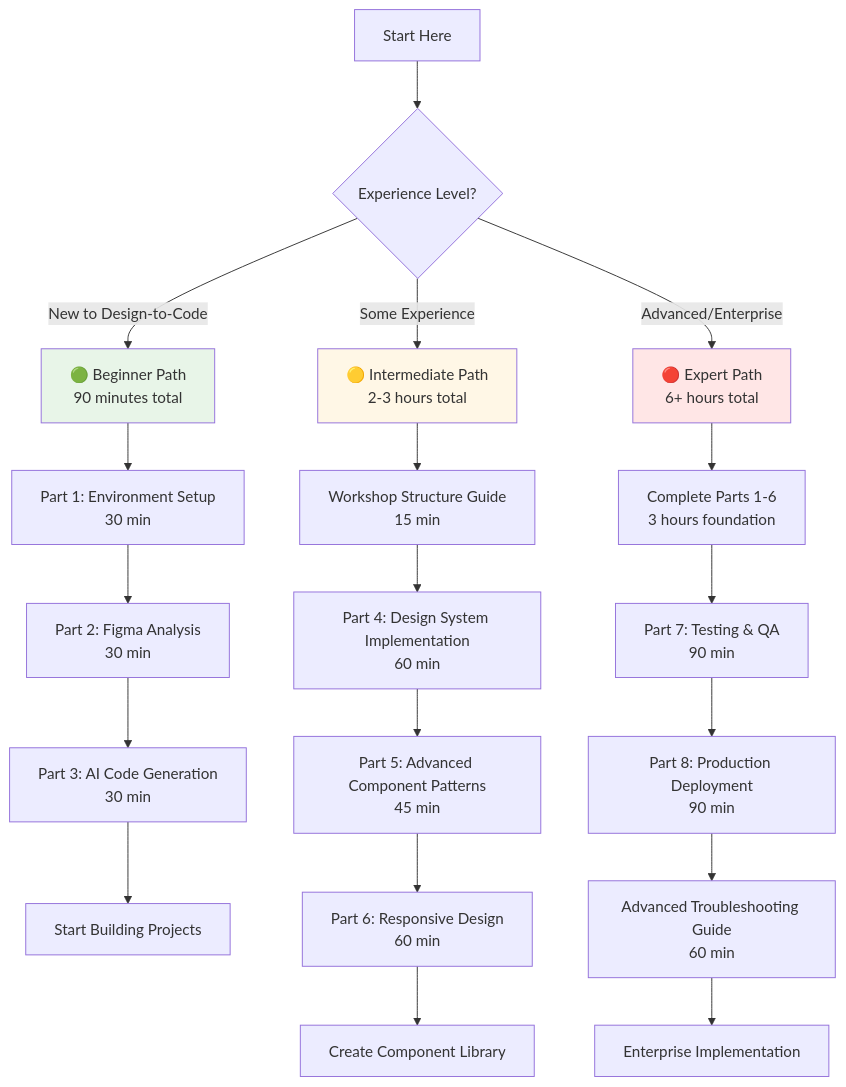
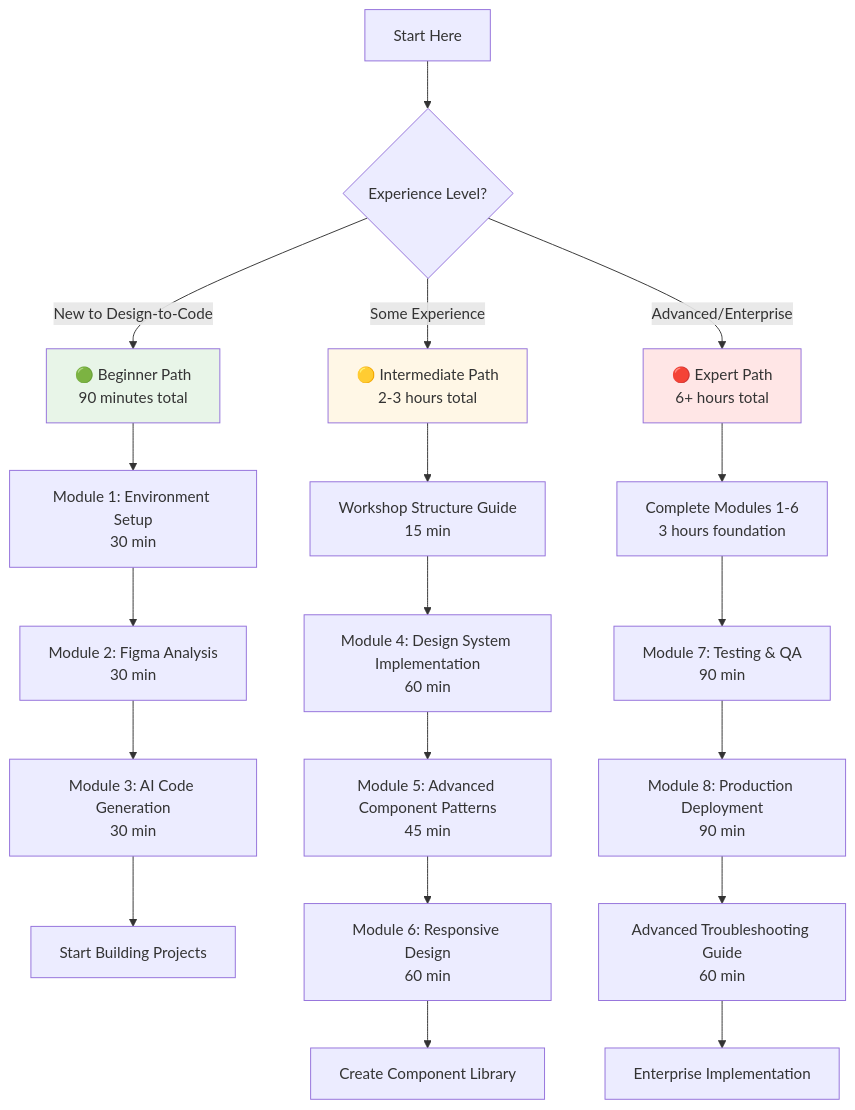
One commit to paulasilvatech/Design-to-Code-Dev changed the diagram in docs/QUICK_START.md. Above: the diagram before and after it, drawn with Mermaid. The commit also changed other lines of this file and 6 other files, not shown here.

Commit message:
Update documentation to replace "Part" with "Module" for consistency across all workshop guides

````diff
--- a/docs/QUICK_START.md
+++ b/docs/QUICK_START.md
@@ -45,29 +45,29 @@
 ```mermaid
 graph TD
     A[Start Here] --> B{Experience Level?}
     
     B -->|New to Design-to-Code| C[🟢 Beginner Path<br/>90 minutes total]
     B -->|Some Experience| D[🟡 Intermediate Path<br/>2-3 hours total]
     B -->|Advanced/Enterprise| E[🔴 Expert Path<br/>6+ hours total]
     
-    C --> C1[Part 1: Environment Setup<br/>30 min]
-    C1 --> C2[Part 2: Figma Analysis<br/>30 min]
-    C2 --> C3[Part 3: AI Code Generation<br/>30 min]
+    C --> C1[Module 1: Environment Setup<br/>30 min]
+    C1 --> C2[Module 2: Figma Analysis<br/>30 min]
+    C2 --> C3[Module 3: AI Code Generation<br/>30 min]
     C3 --> F[Start Building Projects]
     
     D --> D1[Workshop Structure Guide<br/>15 min]
-    D1 --> D2[Part 4: Design System Implementation<br/>60 min]
-    D2 --> D3[Part 5: Advanced Component Patterns<br/>45 min]
-    D3 --> D4[Part 6: Responsive Design<br/>60 min]
+    D1 --> D2[Module 4: Design System Implementation<br/>60 min]
+    D2 --> D3[Module 5: Advanced Component Patterns<br/>45 min]
+    D3 --> D4[Module 6: Responsive Design<br/>60 min]
     D4 --> G[Create Component Library]
     
-    E --> E1[Complete Parts 1-6<br/>3 hours foundation]
-    E1 --> E2[Part 7: Testing & QA<br/>90 min]
-    E2 --> E3[Part 8: Production Deployment<br/>90 min]
+    E --> E1[Complete Modules 1-6<br/>3 hours foundation]
+    E1 --> E2[Module 7: Testing & QA<br/>90 min]
+    E2 --> E3[Module 8: Production Deployment<br/>90 min]
     E3 --> E4[Advanced Troubleshooting Guide<br/>60 min]
     E4 --> H[Enterprise Implementation]
     
     style C fill:#e8f5e8
     style D fill:#fff7e6
     style E fill:#ffe6e6
 ```
````
